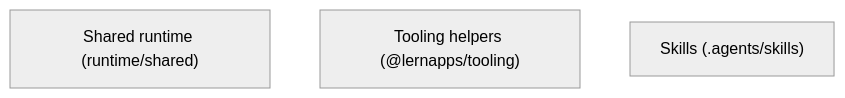
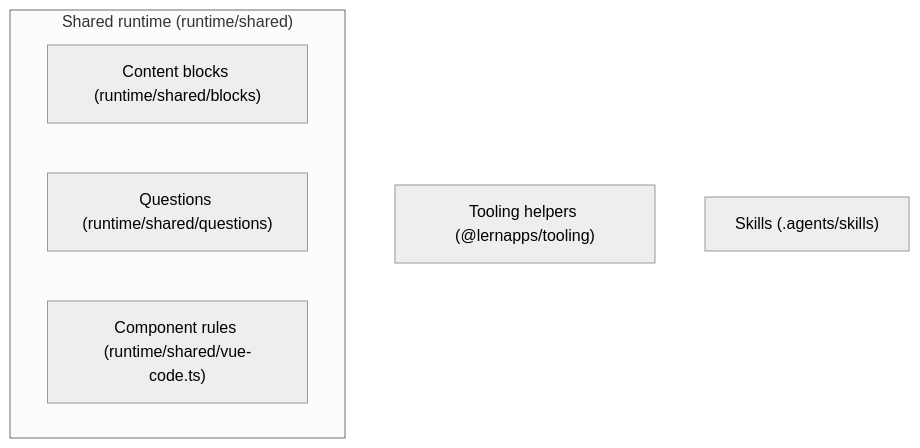
Before and after one commit to mrsimpson/textcheck: the first of 6 diagrams in docs/arc42/05-building-blocks.arc42.md, drawn with Mermaid (neutral theme). The commit also changed other lines of this file and 13 other files, not shown here.

````diff
--- a/docs/arc42/05-building-blocks.arc42.md
+++ b/docs/arc42/05-building-blocks.arc42.md
@@ -29,6 +29,10 @@
 ```mermaid
 flowchart TB
-    bb-runtime["Shared runtime (runtime/shared)"]
+    subgraph bb-runtime["Shared runtime (runtime/shared)"]
+        bb-blocks["Content blocks (runtime/shared/blocks)"]
+    bb-questions["Questions (runtime/shared/questions)"]
+    bb-component-rules["Component rules (runtime/shared/vue-code.ts)"]
+    end
     bb-tooling["Tooling helpers (@lernapps/tooling)"]
     bb-skills["Skills (.agents/skills)"]
 ```
````
